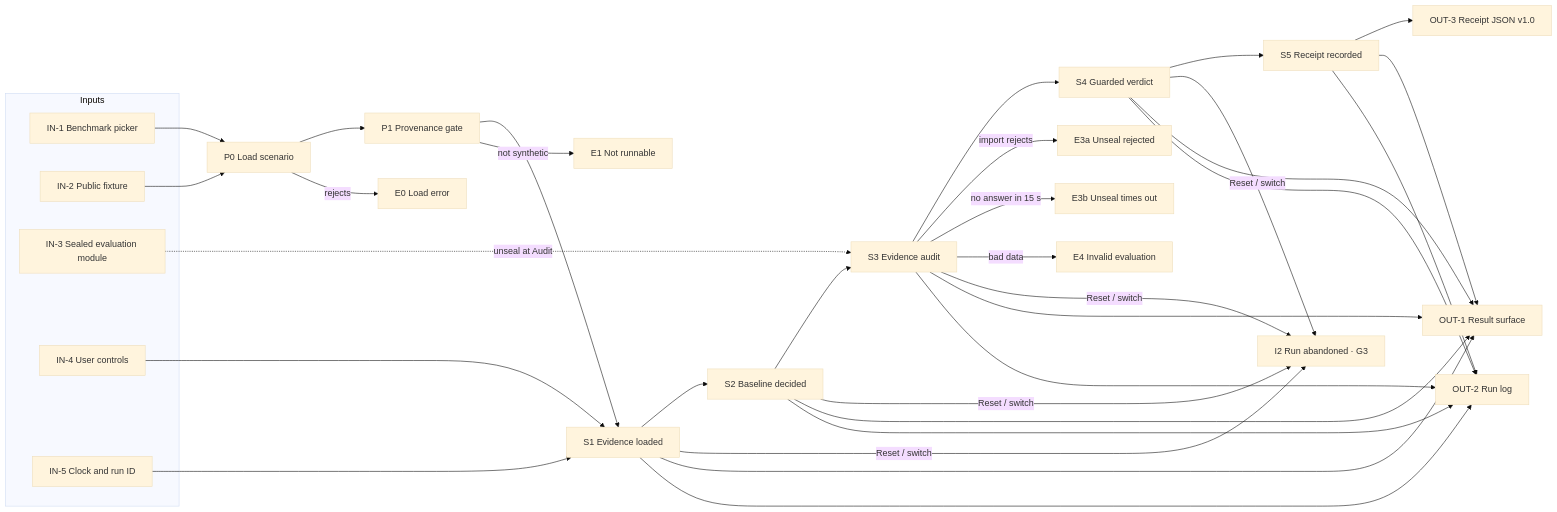
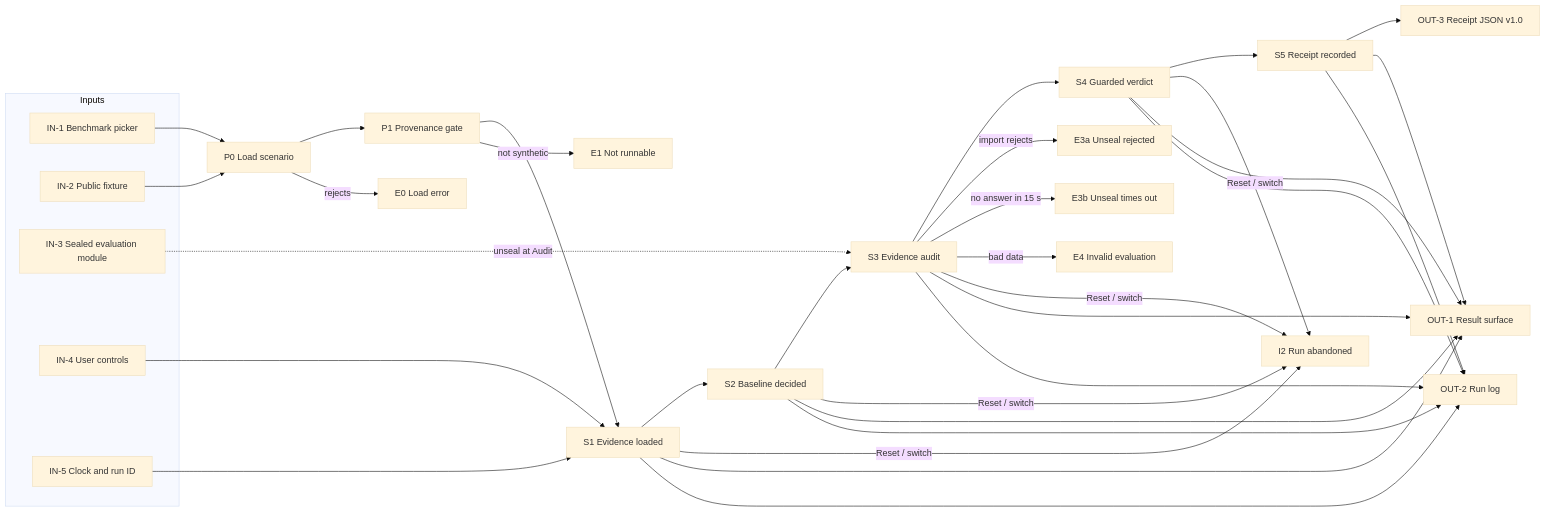
One commit to neomatrix369/falsifybench changed the diagram in docs/PIPELINE.md. Above: the diagram before and after it, drawn with Mermaid (base theme). The commit also changed other lines of this file and 6 other files, not shown here.

Commit message:
feat(run-log): Reset or a benchmark switch mid-run leaves one 'abandoned at stage' line (G3)

````diff
--- a/docs/PIPELINE.md
+++ b/docs/PIPELINE.md
@@ -9,26 +9,26 @@
 ```mermaid
 flowchart LR
   subgraph IN[Inputs]
     IN1[IN-1 Benchmark picker]
     IN2[IN-2 Public fixture]
     IN3[IN-3 Sealed evaluation module]
     IN4[IN-4 User controls]
     IN5[IN-5 Clock and run ID]
   end
   P0[P0 Load scenario] --> P1[P1 Provenance gate]
   P1 --> S1[S1 Evidence loaded] --> S2[S2 Baseline decided] --> S3[S3 Evidence audit] --> S4[S4 Guarded verdict] --> S5[S5 Receipt recorded]
   IN1 --> P0
   IN2 --> P0
   IN3 -. unseal at Audit .-> S3
   IN4 --> S1
   IN5 --> S1
   P0 -- rejects --> E0[E0 Load error]
   P1 -- not synthetic --> E1[E1 Not runnable]
   S3 -- import rejects --> E3a[E3a Unseal rejected]
   S3 -- no answer in 15 s --> E3b[E3b Unseal times out]
   S3 -- bad data --> E4[E4 Invalid evaluation]
-  S1 & S2 & S3 & S4 -- Reset / switch --> I2[I2 Run abandoned · G3]
+  S1 & S2 & S3 & S4 -- Reset / switch --> I2[I2 Run abandoned]
   S5 --> OUT3[OUT-3 Receipt JSON v1.0]
   S1 & S2 & S3 & S4 & S5 --> OUT1[OUT-1 Result surface]
   S1 & S2 & S3 & S4 & S5 --> OUT2[OUT-2 Run log]
 ```
````
